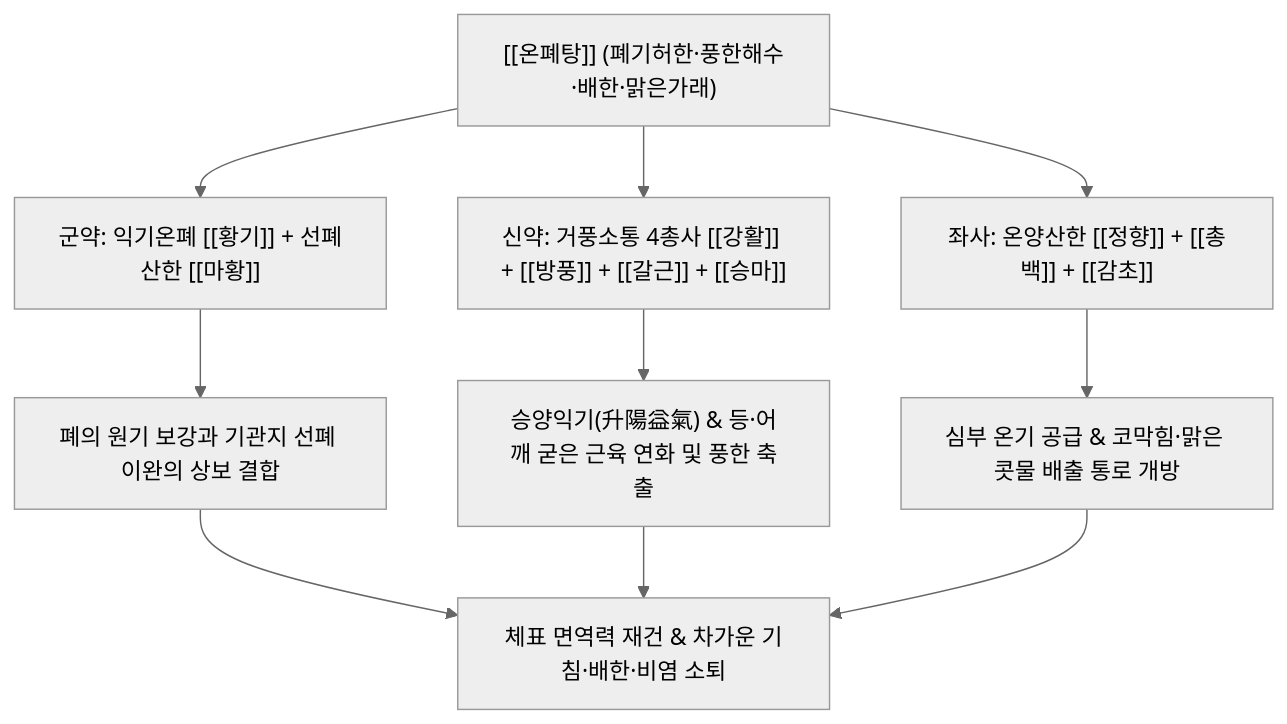
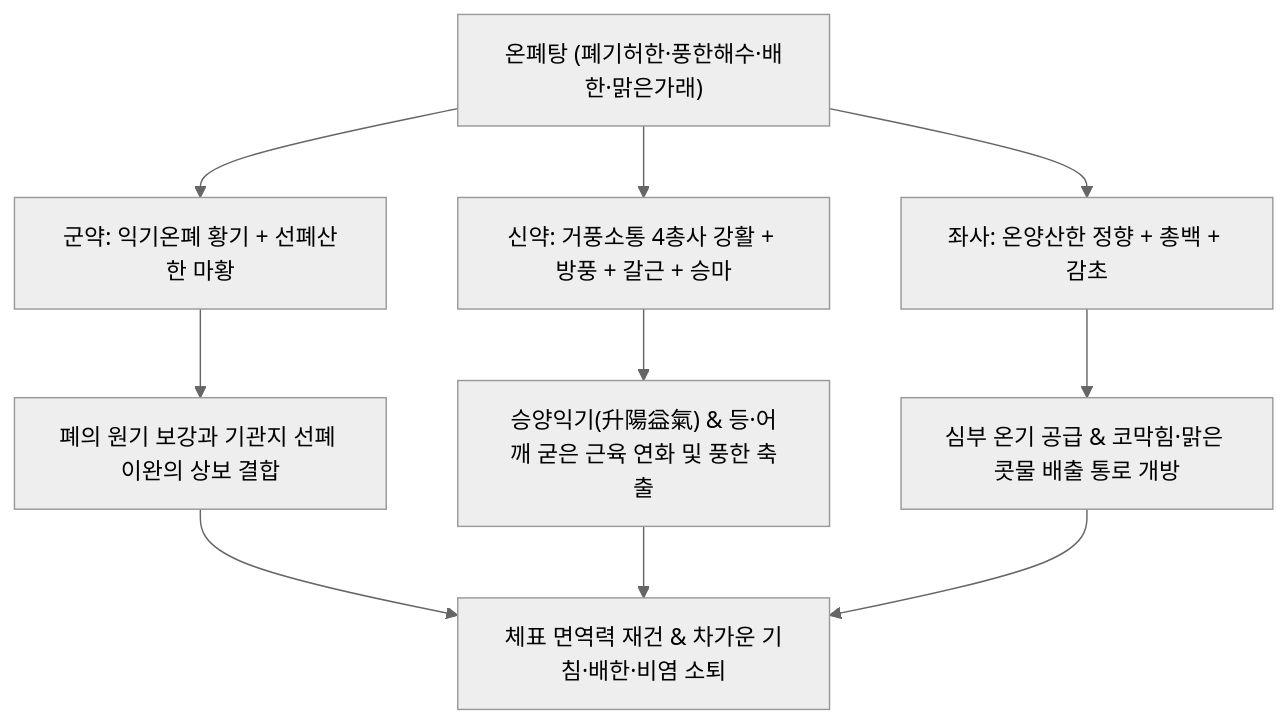
One commit to simbio11/simbio-digital-garden2 changed the diagram in content/2. 약리 공부/처방/03_화담·거습·이수제/온폐탕.md. Above: the diagram before and after it, drawn with Mermaid (neutral theme). The commit also changed other lines of this file and 323 other files, not shown here.

````diff
--- a/content/2. 약리 공부/처방/03_화담·거습·이수제/온폐탕.md
+++ b/content/2. 약리 공부/처방/03_화담·거습·이수제/온폐탕.md
@@ -47,12 +48,12 @@
 ```mermaid
 graph TD
-    A["[[온폐탕]] (폐기허한·풍한해수·배한·맑은가래)"] --> B["군약: 익기온폐 [[황기]] + 선폐산한 [[마황]]"]
-    A --> C["신약: 거풍소통 4총사 [[강활]] + [[방풍]] + [[갈근]] + [[승마]]"]
-    A --> D["좌사: 온양산한 [[정향]] + [[총백]] + [[감초]]"]
+    A["온폐탕 (폐기허한·풍한해수·배한·맑은가래)"] --> B["군약: 익기온폐 황기 + 선폐산한 마황"]
+    A --> C["신약: 거풍소통 4총사 강활 + 방풍 + 갈근 + 승마"]
+    A --> D["좌사: 온양산한 정향 + 총백 + 감초"]
 
     B --> E["폐의 원기 보강과 기관지 선폐 이완의 상보 결합"]
     C --> F["승양익기(升陽益氣) & 등·어깨 굳은 근육 연화 및 풍한 축출"]
     D --> G["심부 온기 공급 & 코막힘·맑은 콧물 배출 통로 개방"]
 
     E & F & G --> H["체표 면역력 재건 & 차가운 기침·배한·비염 소퇴"]
 ```
````
